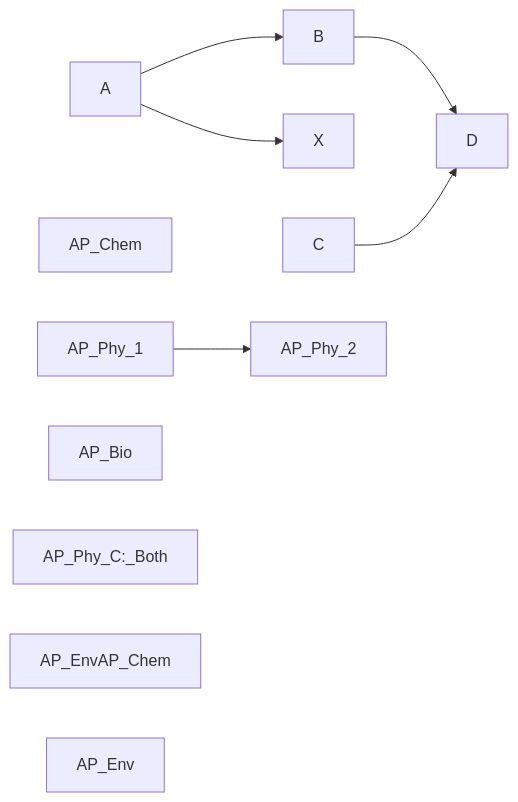
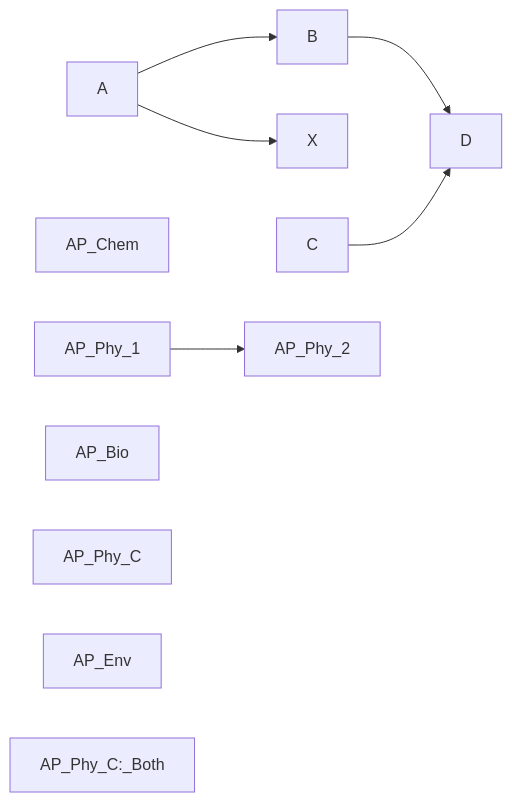
The diagram in classes.mmd (CodeFestus/shs-grw), drawn with Mermaid before and after one commit. The commit also changed 1 other file, not shown here.

```diff
--- a/classes.mmd
+++ b/classes.mmd
@@ -1,15 +1,16 @@
 graph LR;
     A-->B;
     A-->X;
     B-->D;
     C-->D;
     AP_Chem
-AP_Phy_1-->AP_Phy_2
-AP_Bio
-AP_Phy_C:_Both
-AP_EnvAP_Chem
-AP_Phy_1
-AP_Phy_2
-AP_Bio
-AP_Phy_C:_Both
-AP_Env
+AP_Phy_1-->AP_Phy_2;
+AP_Bio;
+AP_Phy_C;
+AP_Env;
+AP_Chem;
+AP_Phy_1;
+AP_Phy_2;
+AP_Bio;
+AP_Phy_C:_Both;
+AP_Env;
```
